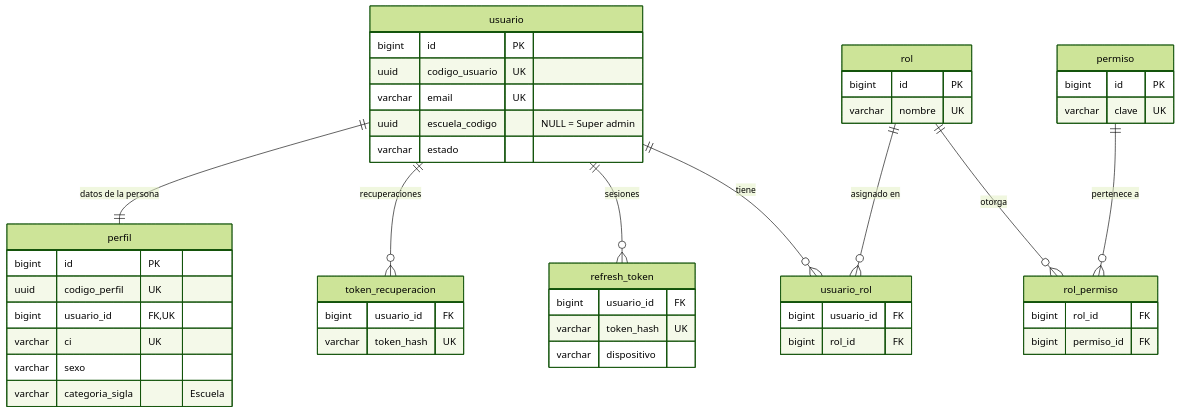
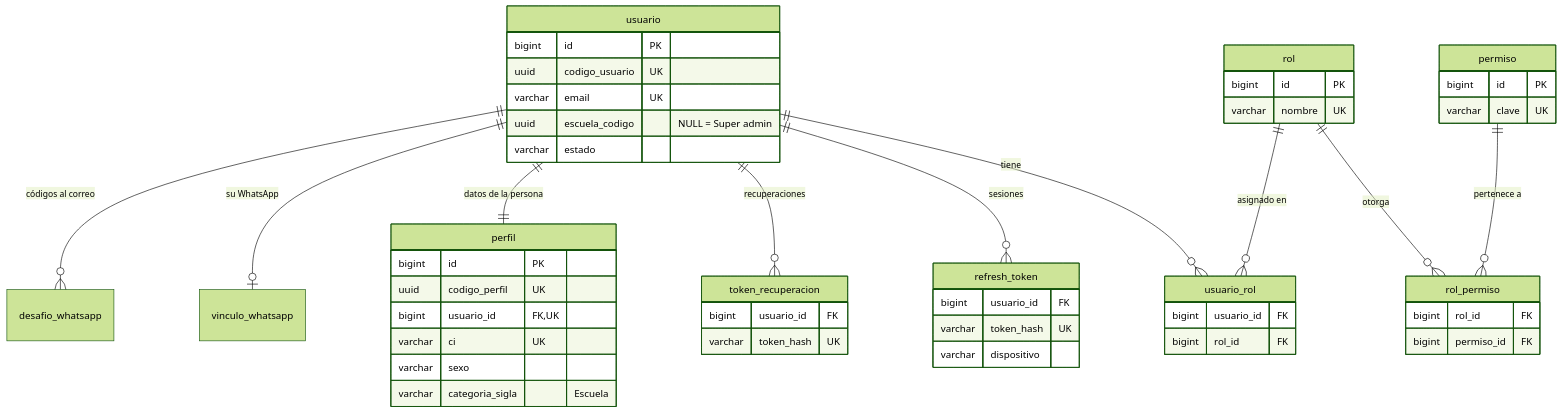
The second of 5 diagrams in docs/DriveHub/DISENO_BASE_DE_DATOS.md (Mau8877/DriveHub), drawn with Mermaid (forest theme) before and after one commit. The commit also changed other lines of this file and 14 other files, not shown here.

First line of the commit message:
docs[DOCS]: CU47 iniciar sesión por WhatsApp, sus unidades de trabajo, errores y diseño de BD

````diff
--- a/docs/DriveHub/DISENO_BASE_DE_DATOS.md
+++ b/docs/DriveHub/DISENO_BASE_DE_DATOS.md
@@ -88,51 +88,53 @@
 ```mermaid
 erDiagram
     usuario ||--o{ usuario_rol : "tiene"
     rol ||--o{ usuario_rol : "asignado en"
     rol ||--o{ rol_permiso : "otorga"
     permiso ||--o{ rol_permiso : "pertenece a"
     usuario ||--o{ refresh_token : "sesiones"
     usuario ||--o{ token_recuperacion : "recuperaciones"
     usuario ||--|| perfil : "datos de la persona"
+    usuario ||--o| vinculo_whatsapp : "su WhatsApp"
+    usuario ||--o{ desafio_whatsapp : "códigos al correo"
 
     usuario {
         bigint id PK
         uuid codigo_usuario UK
         varchar email UK
         uuid escuela_codigo "NULL = Super admin"
         varchar estado
     }
     perfil {
         bigint id PK
         uuid codigo_perfil UK
         bigint usuario_id FK, UK
         varchar ci UK
         varchar sexo
         varchar categoria_sigla "Escuela"
     }
     rol {
         bigint id PK
         varchar nombre UK
     }
     permiso {
         bigint id PK
         varchar clave UK
     }
     usuario_rol {
         bigint usuario_id FK
         bigint rol_id FK
     }
     rol_permiso {
         bigint rol_id FK
         bigint permiso_id FK
     }
     refresh_token {
         bigint usuario_id FK
         varchar token_hash UK
         varchar dispositivo
     }
     token_recuperacion {
         bigint usuario_id FK
         varchar token_hash UK
     }
 ```
````
